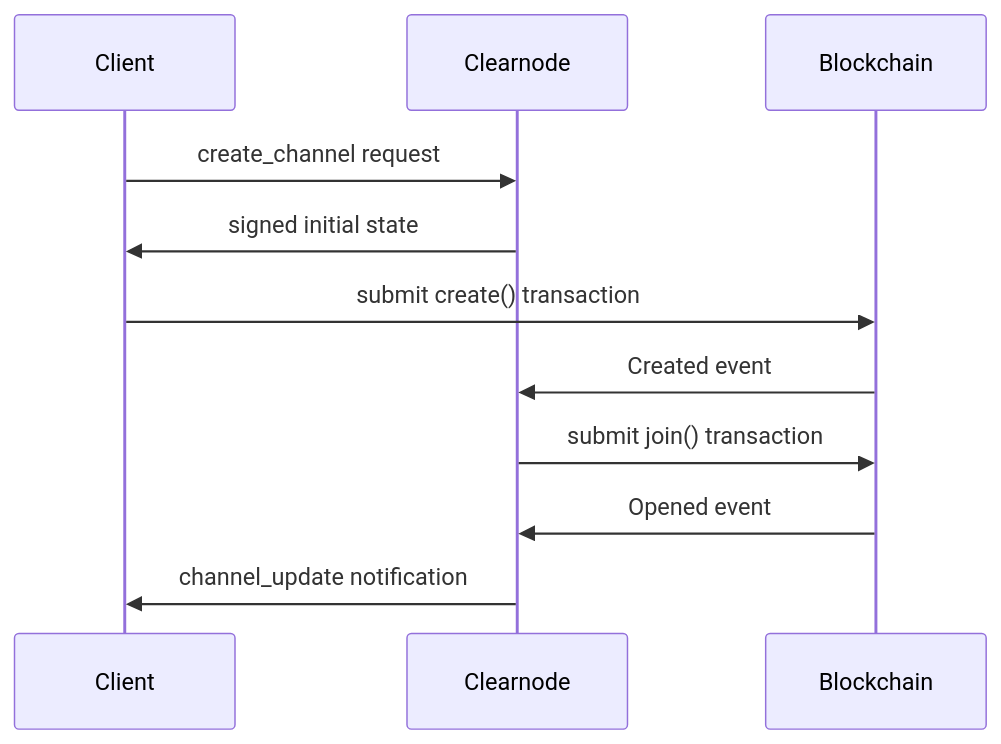
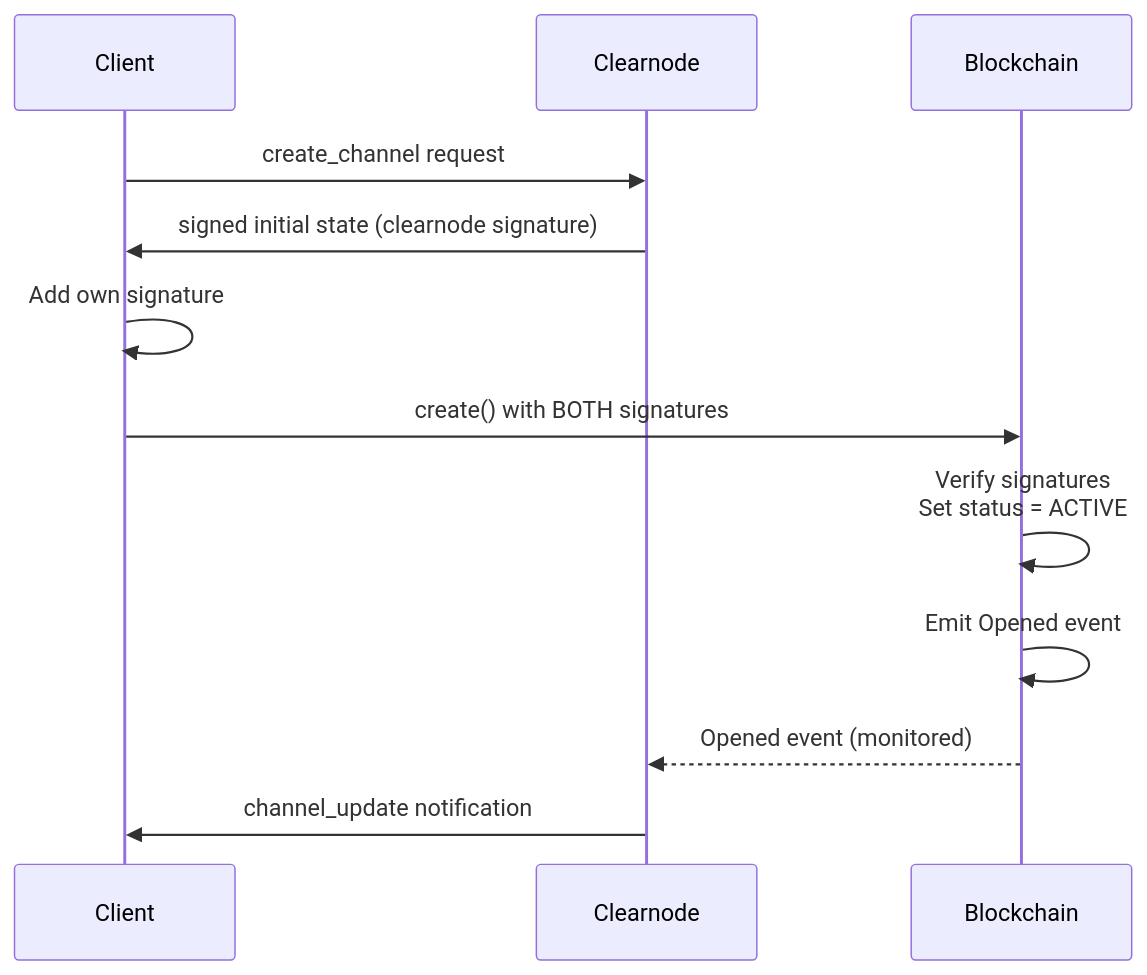
Before and after one commit to layer-3/docs: the second of 4 diagrams in docs/protocol/architecture.mdx, drawn with Mermaid. The commit also changed other lines of this file and 15 other files, not shown here.

````diff
--- a/docs/protocol/architecture.mdx
+++ b/docs/protocol/architecture.mdx
@@ -59,14 +71,15 @@
 ```mermaid
 sequenceDiagram
     participant Client
     participant Clearnode
     participant Blockchain
     
     Client->>Clearnode: create_channel request
-    Clearnode->>Client: signed initial state
-    Client->>Blockchain: submit create() transaction
-    Blockchain->>Clearnode: Created event
-    Clearnode->>Blockchain: submit join() transaction
-    Blockchain->>Clearnode: Opened event
+    Clearnode->>Client: signed initial state (clearnode signature)
+    Client->>Client: Add own signature
+    Client->>Blockchain: create() with BOTH signatures
+    Blockchain->>Blockchain: Verify signatures<br/>Set status = ACTIVE
+    Blockchain->>Blockchain: Emit Opened event
+    Blockchain-->>Clearnode: Opened event (monitored)
     Clearnode->>Client: channel_update notification
 ```
````
